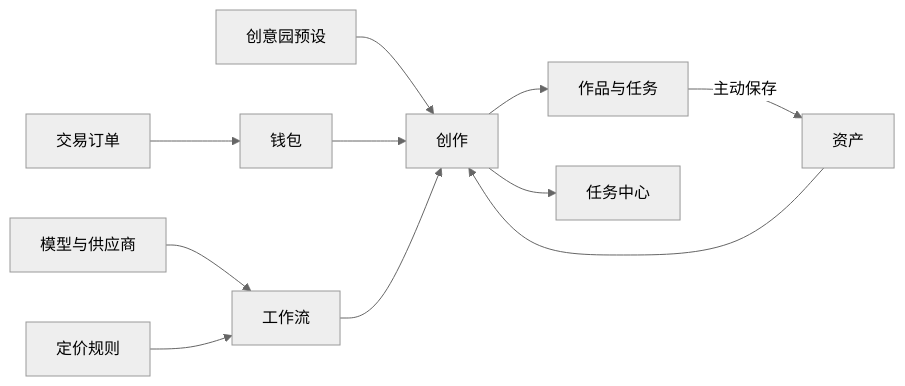
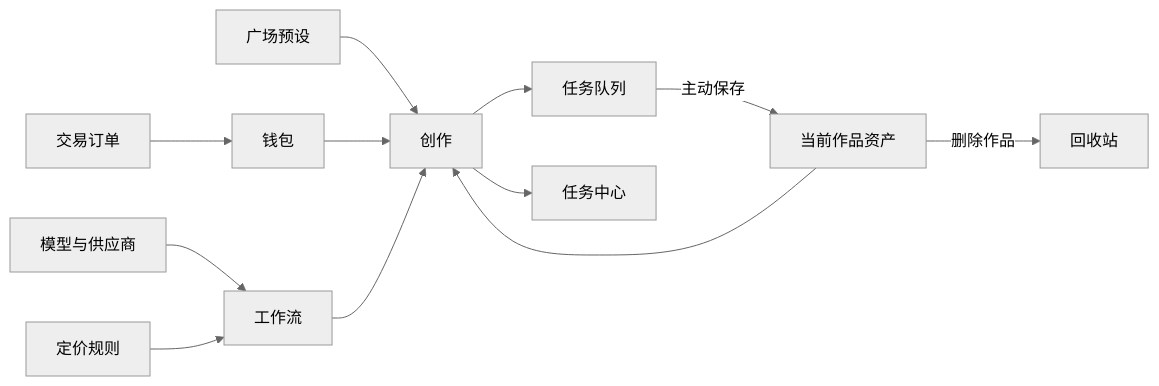
Before and after one commit to fjl-gj/sub2video: the diagram in docs/原型设计/信息架构.md, drawn with Mermaid (neutral theme). The commit also changed other lines of this file and 112 other files, not shown here.

First line of the commit message:
feat: client plaza, create studio, assets engineering, and flow docs

````diff
--- a/docs/原型设计/信息架构.md
+++ b/docs/原型设计/信息架构.md
@@ -49,14 +50,15 @@
 ```mermaid
 flowchart LR
-  Garden[创意园预设] --> Create[创作]
-  Assets[资产] --> Create
-  Create --> Works[作品与任务]
-  Works -->|主动保存| Assets
+  Garden[广场预设] --> Create[创作]
+  Assets[当前作品资产] --> Create
+  Create --> TasksQ[任务队列]
+  TasksQ -->|主动保存| Assets
+  Assets -->|删除作品| Trash[回收站]
   Wallet[钱包] --> Create
 
   Provider[模型与供应商] --> Workflow[工作流]
   Pricing[定价规则] --> Workflow
   Workflow --> Create
   Create --> Tasks[任务中心]
   Orders[交易订单] --> Wallet
 ```
````
